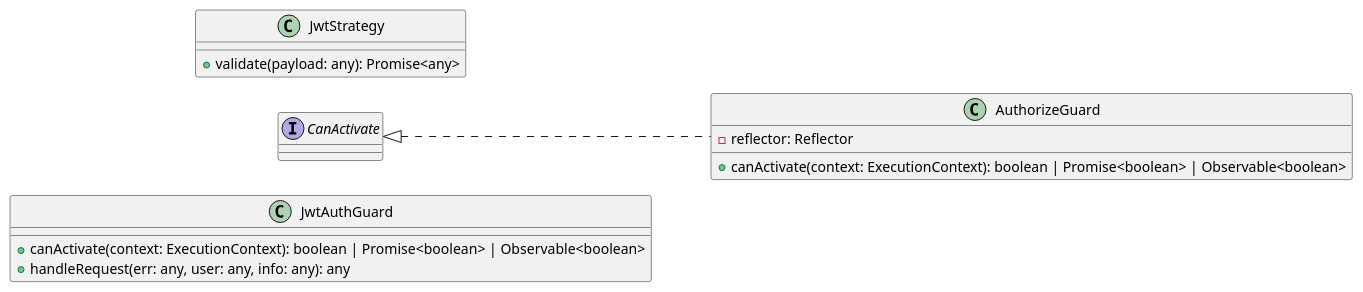
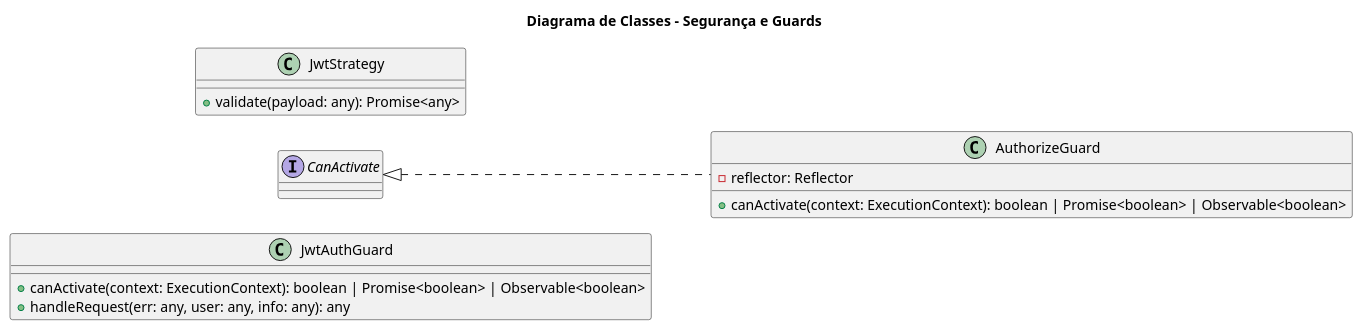
One commit to MurylloEx/Seja-UPE-Docs changed the diagram in src/C1. Visão Geral/C2. Sistema/C3. Endpoints RESTful (Server)/C4. Visão Lógica/[PUML] Classes - Security.puml. Above: the diagram before and after it, drawn with PlantUML. The commit also changed 14 other files, not shown here.

```diff
--- a/src/C1. Visão Geral/C2. Sistema/C3. Endpoints RESTful (Server)/C4. Visão Lógica/[PUML] Classes - Security.puml
+++ b/src/C1. Visão Geral/C2. Sistema/C3. Endpoints RESTful (Server)/C4. Visão Lógica/[PUML] Classes - Security.puml
@@ -1,19 +1,21 @@
 @startuml "Class Diagram"
+
+title "Diagrama de Classes - Segurança e Guards"
 
 left to right direction
 
 class JwtAuthGuard {
   +canActivate(context: ExecutionContext): boolean | Promise<boolean> | Observable<boolean>
   +handleRequest(err: any, user: any, info: any): any
 }
 
 class AuthorizeGuard implements CanActivate {
   -reflector: Reflector
   +canActivate(context: ExecutionContext): boolean | Promise<boolean> | Observable<boolean>
 }
 
 class JwtStrategy {
   +validate(payload: any): Promise<any>
 }
 
 @enduml
```
